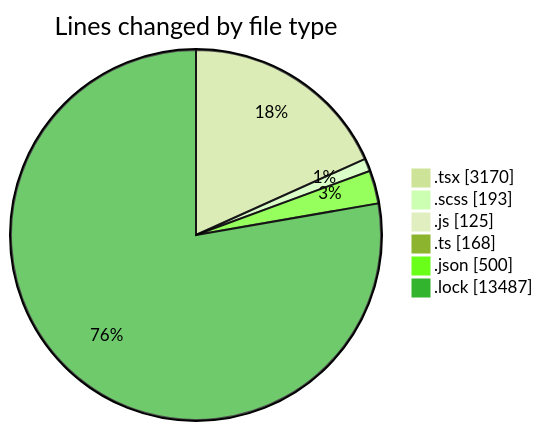
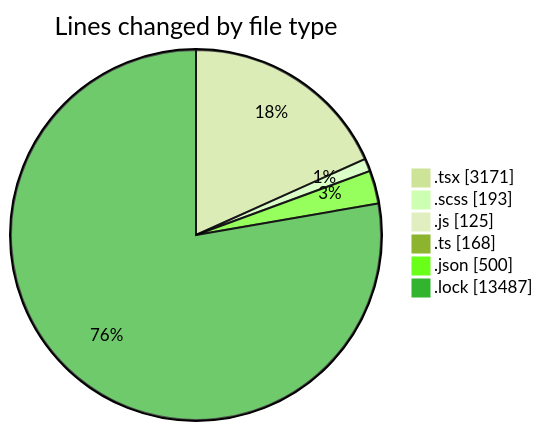
One commit to momahboobian/code-tracking changed the first of 2 diagrams in 2026-04-24/cda/README.md. Above: the diagram before and after it, drawn with Mermaid (forest theme). The commit also changed other lines of this file and 1 other file, not shown here.

````diff
--- a/2026-04-24/cda/README.md
+++ b/2026-04-24/cda/README.md
@@ -45,10 +45,10 @@
 ```mermaid
 pie showData
 title Lines changed by file type
-".tsx" : 3170
+".tsx" : 3171
 ".scss" : 193
 ".js" : 125
 ".ts" : 168
 ".json" : 500
 ".lock" : 13487
 ```
````
